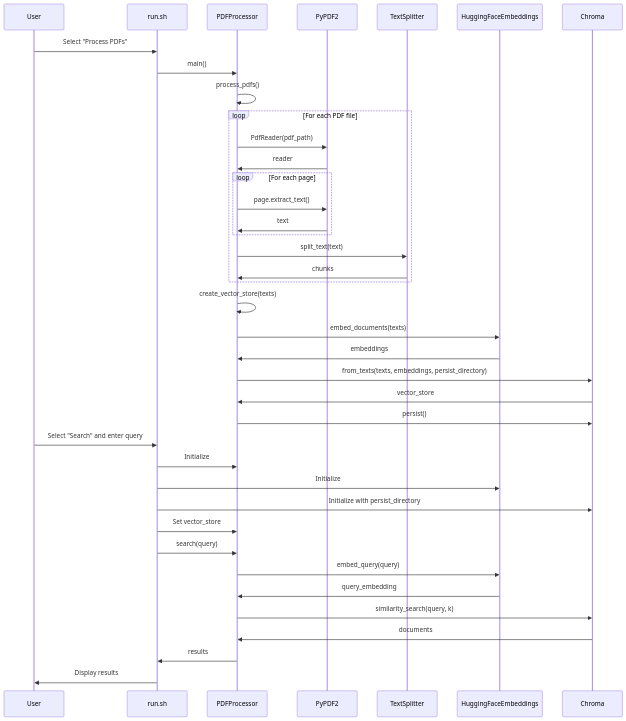
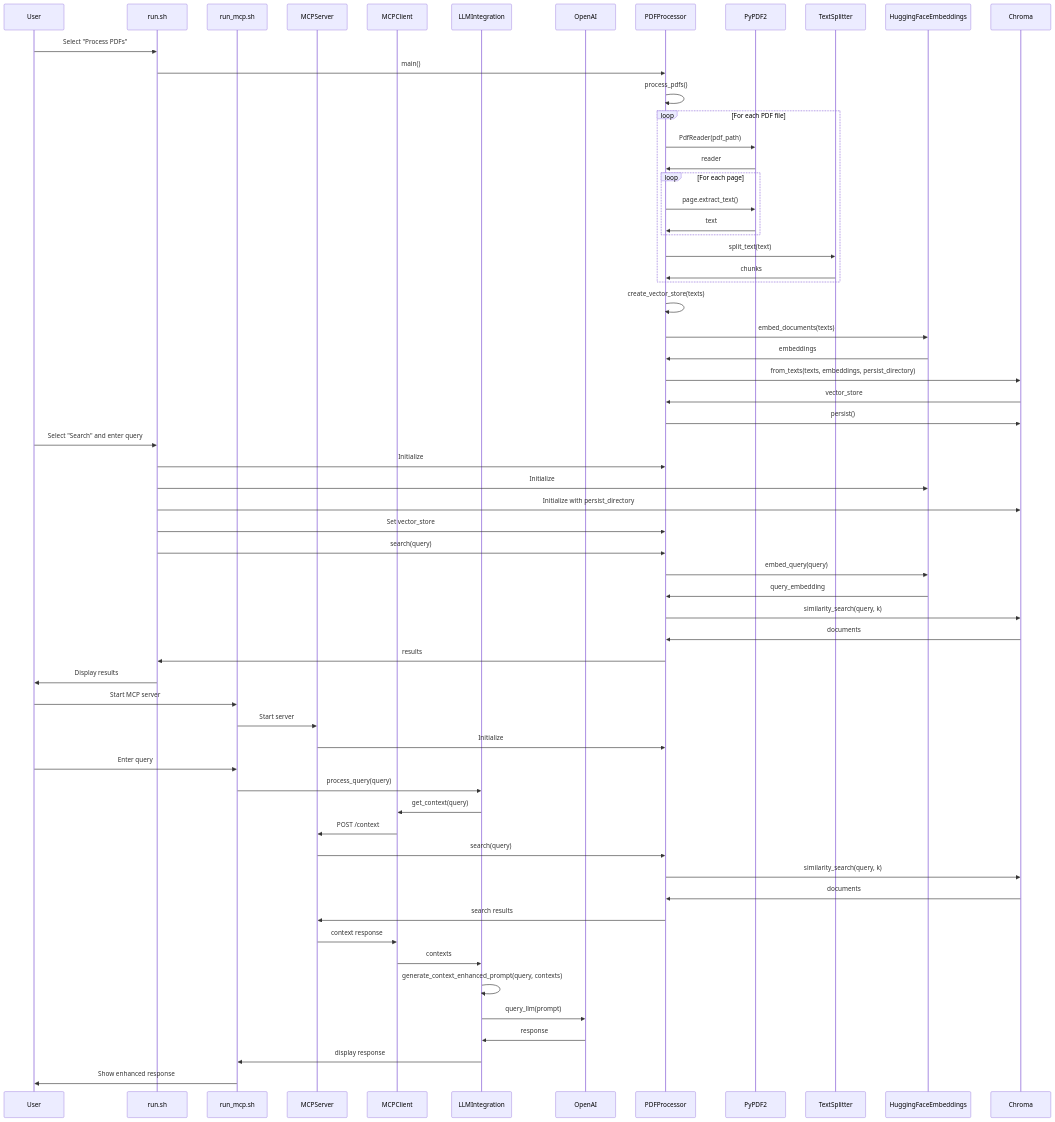
One commit to pnandi/vector-search changed the second of 2 diagrams in architecture_diagrams/class_diagram.md. Above: the diagram before and after it, drawn with Mermaid. The commit also changed other lines of this file and 2 other files, not shown here.

First line of the commit message:
architecture diagram updates

````diff
--- a/architecture_diagrams/class_diagram.md
+++ b/architecture_diagrams/class_diagram.md
@@ -61,45 +102,71 @@
 ```mermaid
 sequenceDiagram
     participant User
     participant run.sh
+    participant run_mcp.sh
+    participant MCPServer
+    participant MCPClient
+    participant LLMIntegration
+    participant OpenAI
     participant PDFProcessor
     participant PyPDF2
     participant TextSplitter
     participant HuggingFaceEmbeddings
     participant Chroma
-    
+
     %% PDF Processing Flow
     User->>run.sh: Select "Process PDFs"
     run.sh->>PDFProcessor: main()
     PDFProcessor->>PDFProcessor: process_pdfs()
     loop For each PDF file
         PDFProcessor->>PyPDF2: PdfReader(pdf_path)
         PyPDF2->>PDFProcessor: reader
         loop For each page
             PDFProcessor->>PyPDF2: page.extract_text()
             PyPDF2->>PDFProcessor: text
         end
         PDFProcessor->>TextSplitter: split_text(text)
         TextSplitter->>PDFProcessor: chunks
     end
     PDFProcessor->>PDFProcessor: create_vector_store(texts)
     PDFProcessor->>HuggingFaceEmbeddings: embed_documents(texts)
     HuggingFaceEmbeddings->>PDFProcessor: embeddings
     PDFProcessor->>Chroma: from_texts(texts, embeddings, persist_directory)
     Chroma->>PDFProcessor: vector_store
     PDFProcessor->>Chroma: persist()
-    
+
     %% Search Flow
     User->>run.sh: Select "Search" and enter query
     run.sh->>PDFProcessor: Initialize
     run.sh->>HuggingFaceEmbeddings: Initialize
     run.sh->>Chroma: Initialize with persist_directory
     run.sh->>PDFProcessor: Set vector_store
     run.sh->>PDFProcessor: search(query)
     PDFProcessor->>HuggingFaceEmbeddings: embed_query(query)
     HuggingFaceEmbeddings->>PDFProcessor: query_embedding
     PDFProcessor->>Chroma: similarity_search(query, k)
     Chroma->>PDFProcessor: documents
     PDFProcessor->>run.sh: results
     run.sh->>User: Display results
+
+    %% MCP Integration Flow
+    User->>run_mcp.sh: Start MCP server
+    run_mcp.sh->>MCPServer: Start server
+    MCPServer->>PDFProcessor: Initialize
+
+    User->>run_mcp.sh: Enter query
+    run_mcp.sh->>LLMIntegration: process_query(query)
+    LLMIntegration->>MCPClient: get_context(query)
+    MCPClient->>MCPServer: POST /context
+    MCPServer->>PDFProcessor: search(query)
+    PDFProcessor->>Chroma: similarity_search(query, k)
+    Chroma->>PDFProcessor: documents
+    PDFProcessor->>MCPServer: search results
+    MCPServer->>MCPClient: context response
+    MCPClient->>LLMIntegration: contexts
+    LLMIntegration->>LLMIntegration: generate_context_enhanced_prompt(query, contexts)
+    LLMIntegration->>OpenAI: query_llm(prompt)
+    OpenAI->>LLMIntegration: response
+    LLMIntegration->>run_mcp.sh: display response
+    run_mcp.sh->>User: Show enhanced response
 ```
````
